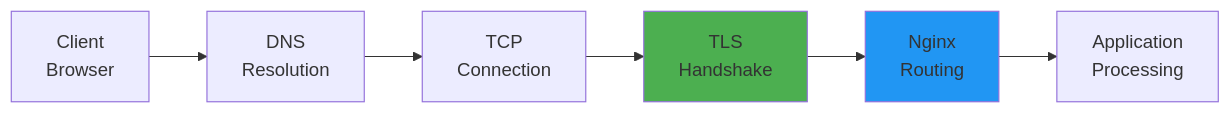
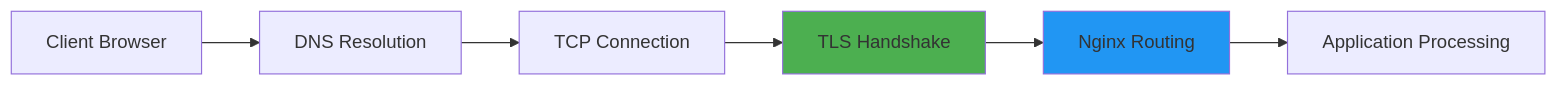
One commit to softwarewrighter/ssl-proxy-for-do changed the first of 10 diagrams in wiki/Request-Flow.md. Above: the diagram before and after it, drawn with Mermaid. The commit also changed other lines of this file and 7 other files, not shown here.

First line of the commit message:
Fix wiki Mermaid diagrams: remove remaining <br/> tags

````diff
--- a/wiki/Request-Flow.md
+++ b/wiki/Request-Flow.md
@@ -25,14 +25,14 @@
 ```mermaid
 graph LR
-    Client[Client<br/>Browser]
-    DNS[DNS<br/>Resolution]
-    TCP[TCP<br/>Connection]
-    TLS[TLS<br/>Handshake]
-    Nginx[Nginx<br/>Routing]
-    App[Application<br/>Processing]
+    Client[Client Browser]
+    DNS[DNS Resolution]
+    TCP[TCP Connection]
+    TLS[TLS Handshake]
+    Nginx[Nginx Routing]
+    App[Application Processing]
 
     Client --> DNS --> TCP --> TLS --> Nginx --> App
 
     style TLS fill:#4CAF50
     style Nginx fill:#2196F3
 ```
````
